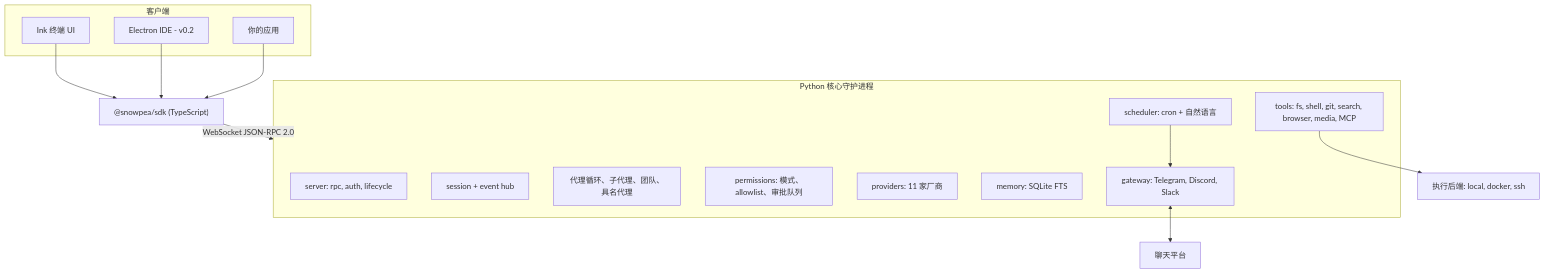
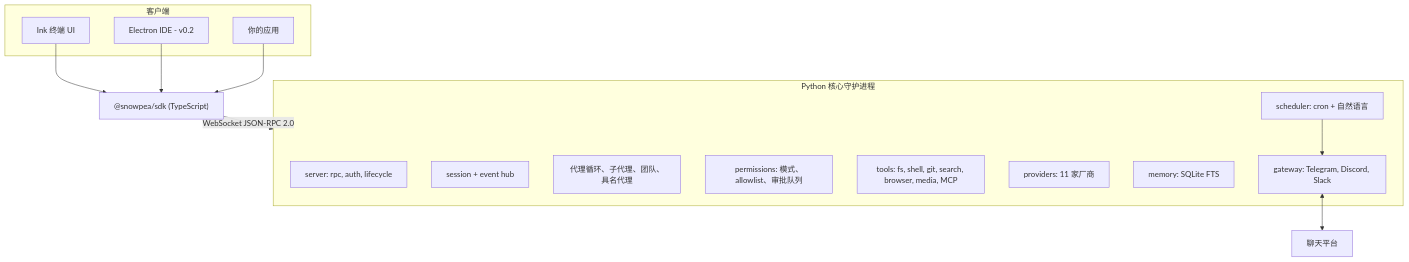
One commit to Wafour-Developer/snowpea-agent changed the diagram in README.zh-CN.md. Above: the diagram before and after it, drawn with Mermaid. The commit also changed other lines of this file and 69 other files, not shown here.

First line of the commit message:
feat(core)!: remove the docker/ssh tool backends, add daemon --host (protocol 1.39.0)

````diff
--- a/README.zh-CN.md
+++ b/README.zh-CN.md
@@ -77,29 +76,28 @@
 ```mermaid
 flowchart TB
     subgraph clients[客户端]
         TUI[Ink 终端 UI]
         IDE[Electron IDE - v0.2]
         APP[你的应用]
     end
     SDK["@snowpea/sdk (TypeScript)"]
     TUI --> SDK
     IDE --> SDK
     APP --> SDK
     SDK -->|"WebSocket JSON-RPC 2.0"| CORE
 
     subgraph CORE[Python 核心守护进程]
         SRV[server: rpc, auth, lifecycle]
         SES[session + event hub]
         AGT[代理循环、子代理、团队、具名代理]
         PRM[permissions: 模式、allowlist、审批队列]
         TOOL[tools: fs, shell, git, search, browser, media, MCP]
         PROV[providers: 11 家厂商]
         MEM[memory: SQLite FTS]
         SCH[scheduler: cron + 自然语言]
         GW[gateway: Telegram, Discord, Slack]
     end
 
-    TOOL --> EXEC[执行后端: local, docker, ssh]
     GW <--> CHAT[聊天平台]
     SCH --> GW
 ```
````
